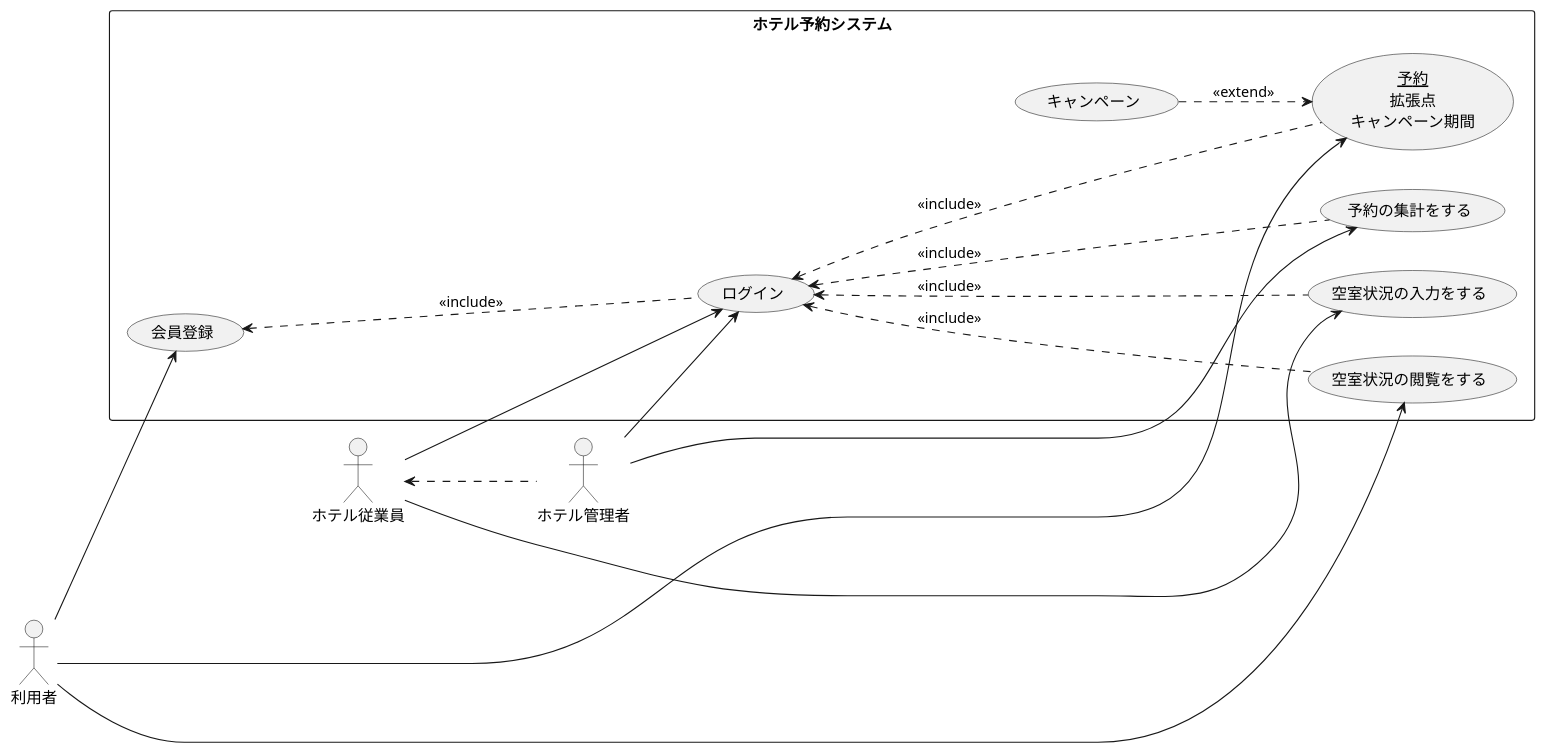
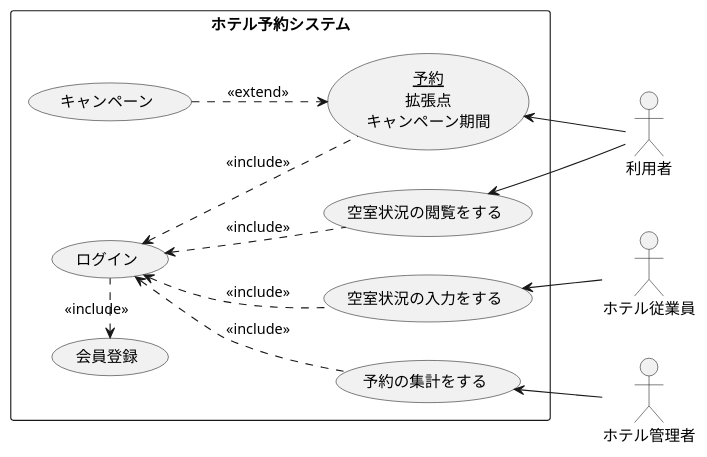
The diagram in 演習2-8_UC_ホテル予約システム.pu (kenkensan/uml-introduction), drawn with PlantUML before and after one commit.

Commit message:
演習2-8の修正

```diff
--- a/演習2-8_UC_ホテル予約システム.pu
+++ b/演習2-8_UC_ホテル予約システム.pu
@@ -1,29 +1,25 @@
 @startuml 演習2-8
 left to right direction
 actor 利用者
 actor ホテル従業員
 actor ホテル管理者
 rectangle ホテル予約システム{
 usecase (<u>予約</u>\n拡張点\nキャンペーン期間) as 部屋の予約をする
 usecase キャンペーン
 usecase ログイン
 usecase 空室状況の入力をする
 usecase 空室状況の閲覧をする
 usecase 予約の集計をする
 usecase 会員登録
 }
-ホテル従業員 <.. ホテル管理者
-ホテル従業員 -->空室状況の入力をする
-利用者 -->部屋の予約をする
-利用者 -->空室状況の閲覧をする
-ホテル管理者 -->予約の集計をする
+ 空室状況の入力をする<--ホテル従業員
+ 部屋の予約をする<--利用者
+空室状況の閲覧をする<--利用者 
+ 予約の集計をする<--ホテル管理者
 キャンペーン ..>部屋の予約をする:<<extend>>
-ログイン <.... 部屋の予約をする:<<include>>
-ログイン <.... 空室状況の入力をする:<<include>>
-ログイン <.... 空室状況の閲覧をする:<<include>>
-ログイン <.... 予約の集計をする:<<include>>
-会員登録 <.... ログイン:<<include>>
-ホテル従業員 -->ログイン
-ホテル管理者 -->ログイン
-利用者 -->会員登録
+ログイン <.. 部屋の予約をする:<<include>>
+ログイン <.. 空室状況の入力をする:<<include>>
+ログイン <.. 空室状況の閲覧をする:<<include>>
+ログイン <.. 予約の集計をする:<<include>>
+会員登録 <. ログイン:<<include>>
 @enduml
```
